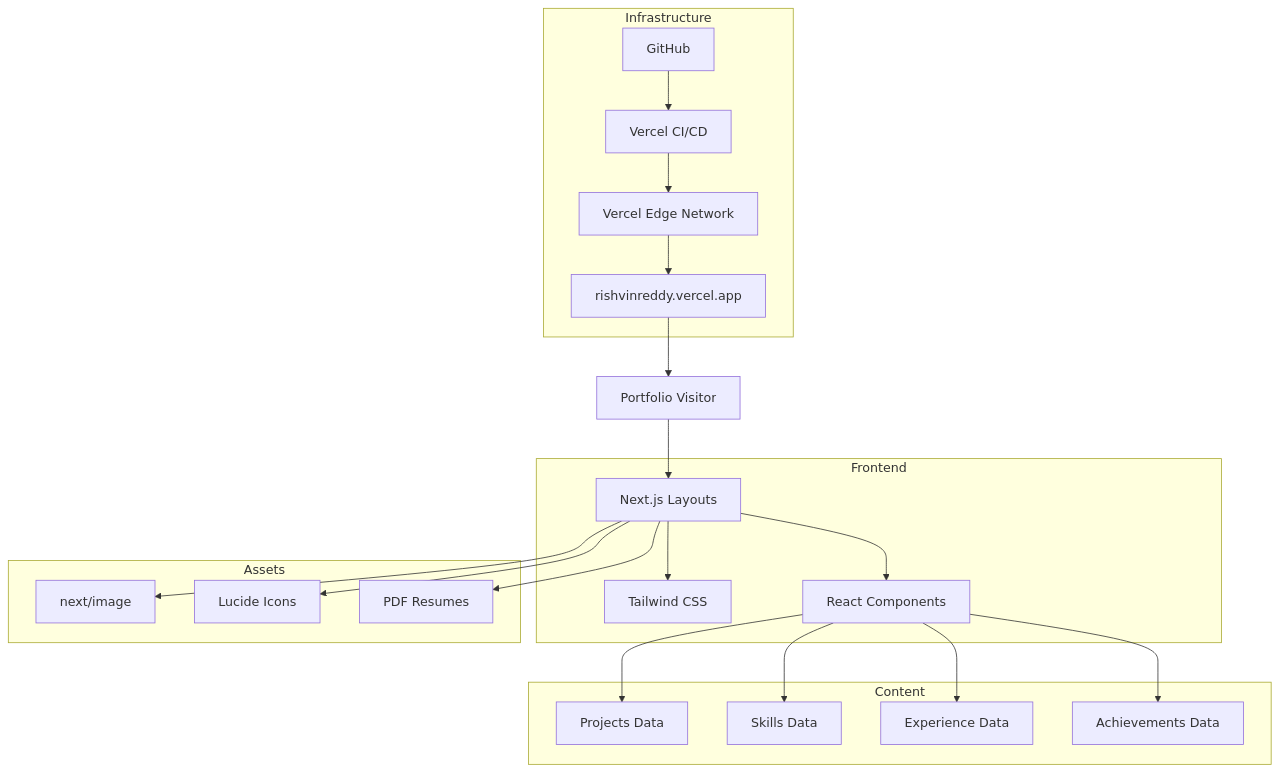
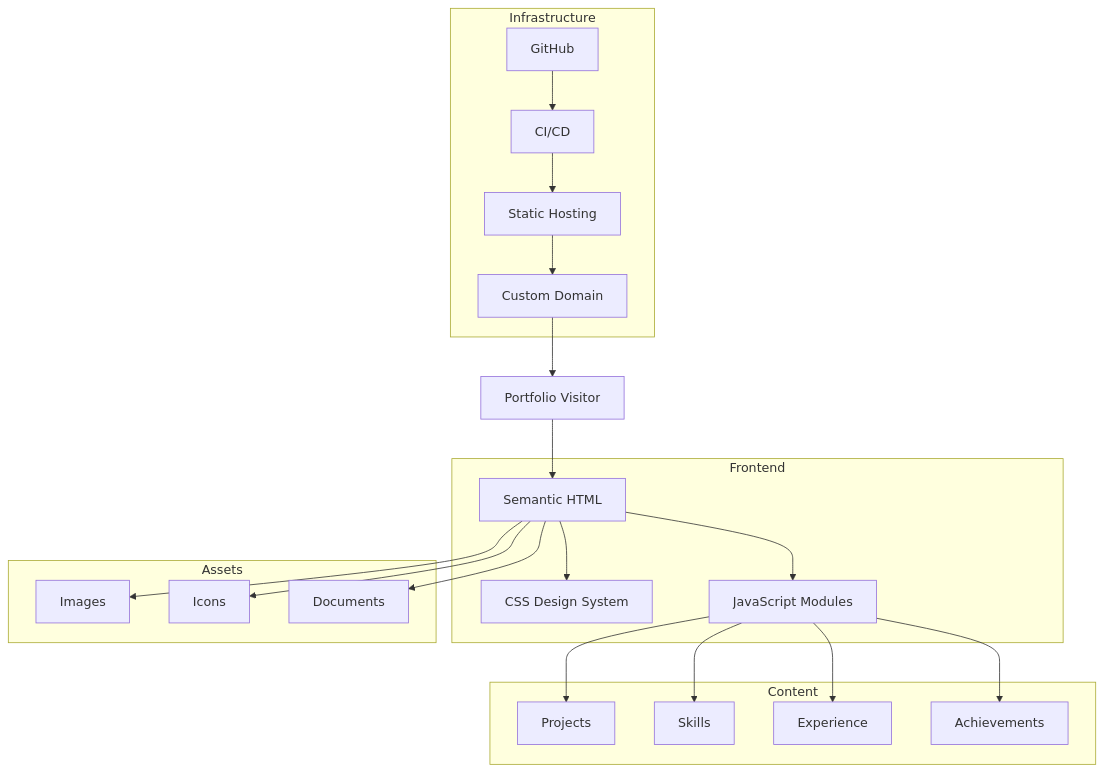
The ninth of 9 diagrams in README.md (RishvinReddy/rishvin-reddy-portfolio), drawn with Mermaid before and after one commit. The commit also changed other lines of this file and 2 other files, not shown here.

````diff
--- a/README.md
+++ b/README.md
@@ -791,45 +1063,51 @@
 ```mermaid
 flowchart TB
+
     USER[Portfolio Visitor]
-    
+
     subgraph Frontend
-        HTML[Next.js Layouts]
-        CSS[Tailwind CSS]
-        JS[React Components]
+        HTML[Semantic HTML]
+        CSS[CSS Design System]
+        JS[JavaScript Modules]
     end
-    
+
     subgraph Content
-        PROJECTS[Projects Data]
-        SKILLS[Skills Data]
-        EXPERIENCE[Experience Data]
-        ACHIEVEMENTS[Achievements Data]
+        PROJECTS[Projects]
+        SKILLS[Skills]
+        EXPERIENCE[Experience]
+        ACHIEVEMENTS[Achievements]
     end
-    
+
     subgraph Assets
-        IMAGES[next/image]
-        ICONS[Lucide Icons]
-        DOCS[PDF Resumes]
+        IMAGES[Images]
+        ICONS[Icons]
+        DOCS[Documents]
     end
-    
+
     subgraph Infrastructure
         GITHUB[GitHub]
-        CICD[Vercel CI/CD]
-        HOSTING[Vercel Edge Network]
-        DOMAIN[rishvinreddy.vercel.app]
+        CICD[CI/CD]
+        HOSTING[Static Hosting]
+        DOMAIN[Custom Domain]
     end
-    
+
     USER --> HTML
+
     HTML --> CSS
     HTML --> JS
+
     JS --> PROJECTS
     JS --> SKILLS
     JS --> EXPERIENCE
     JS --> ACHIEVEMENTS
+
     HTML --> IMAGES
     HTML --> ICONS
     HTML --> DOCS
+
     GITHUB --> CICD
     CICD --> HOSTING
     HOSTING --> DOMAIN
+
     DOMAIN --> USER
 ```
````
